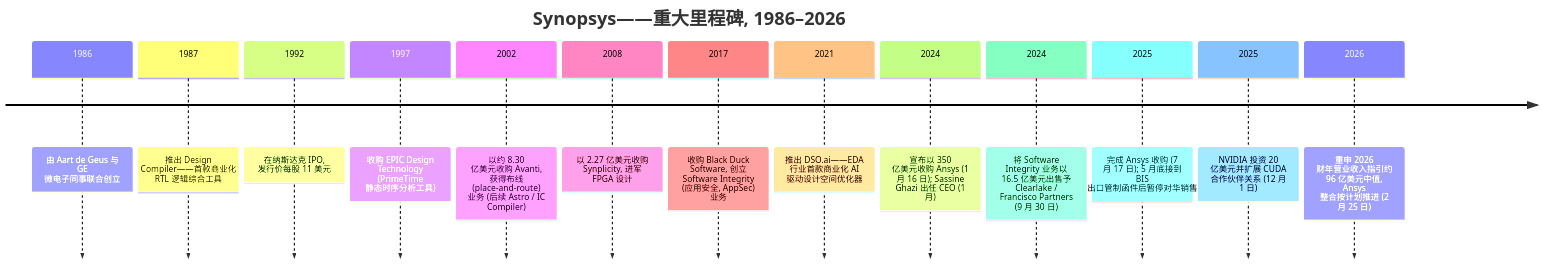
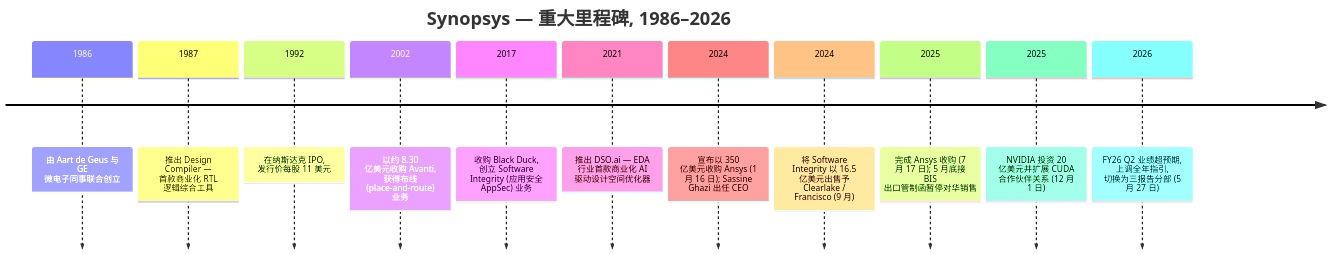
One commit to dadachundan/financial_agent changed the first of 4 diagrams in reports/company/Synopsys_NASDAQ_SNPS/Synopsys_NASDAQ_SNPS_公司研究.md. Above: the diagram before and after it, drawn with Mermaid. The commit also changed other lines of this file, not shown here.

First line of the commit message:
feat(company-research): refresh Synopsys (SNPS) — decision layer + full chart suite

````diff
--- a/reports/company/Synopsys_NASDAQ_SNPS/Synopsys_NASDAQ_SNPS_公司研究.md
+++ b/reports/company/Synopsys_NASDAQ_SNPS/Synopsys_NASDAQ_SNPS_公司研究.md
@@ -51,17 +268,15 @@
 ```mermaid
 timeline
-    title Synopsys——重大里程碑, 1986–2026
+    title Synopsys — 重大里程碑, 1986–2026
     1986 : 由 Aart de Geus 与 GE 微电子同事联合创立
-    1987 : 推出 Design Compiler——首款商业化 RTL 逻辑综合工具
+    1987 : 推出 Design Compiler — 首款商业化 RTL 逻辑综合工具
     1992 : 在纳斯达克 IPO, 发行价每股 11 美元
-    1997 : 收购 EPIC Design Technology (PrimeTime 静态时序分析工具)
-    2002 : 以约 8.30 亿美元收购 Avanti, 获得布线 (place-and-route) 业务 (后续 Astro / IC Compiler)
-    2008 : 以 2.27 亿美元收购 Synplicity, 进军 FPGA 设计
-    2017 : 收购 Black Duck Software, 创立 Software Integrity (应用安全, AppSec) 业务
-    2021 : 推出 DSO.ai——EDA 行业首款商业化 AI 驱动设计空间优化器
-    2024 : 宣布以 350 亿美元收购 Ansys (1 月 16 日); Sassine Ghazi 出任 CEO (1 月)
-    2024 : 将 Software Integrity 业务以 16.5 亿美元出售予 Clearlake / Francisco Partners (9 月 30 日)
-    2025 : 完成 Ansys 收购 (7 月 17 日); 5 月底接到 BIS 出口管制函件后暂停对华销售
+    2002 : 以约 8.30 亿美元收购 Avanti, 获得布线 (place-and-route) 业务
+    2017 : 收购 Black Duck, 创立 Software Integrity (应用安全 AppSec) 业务
+    2021 : 推出 DSO.ai — EDA 行业首款商业化 AI 驱动设计空间优化器
+    2024 : 宣布以 350 亿美元收购 Ansys (1 月 16 日); Sassine Ghazi 出任 CEO
+    2024 : 将 Software Integrity 以 16.5 亿美元出售予 Clearlake / Francisco (9 月)
+    2025 : 完成 Ansys 收购 (7 月 17 日); 5 月底接 BIS 出口管制函暂停对华销售
     2025 : NVIDIA 投资 20 亿美元并扩展 CUDA 合作伙伴关系 (12 月 1 日)
-    2026 : 重申 2026 财年营业收入指引约 96 亿美元中值, Ansys 整合按计划推进 (2 月 25 日)
+    2026 : FY26 Q2 业绩超预期, 上调全年指引, 切换为三报告分部 (5 月 27 日)
 ```
````
